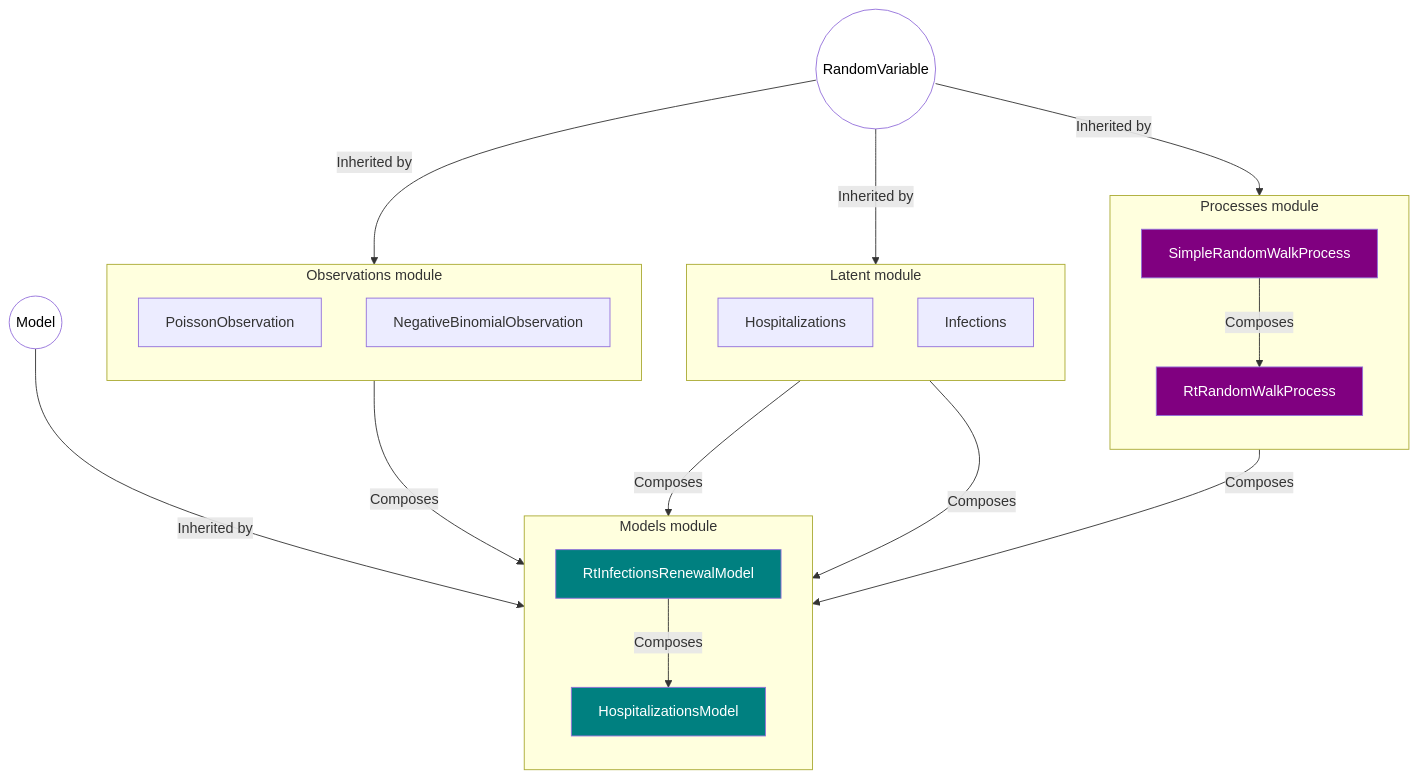
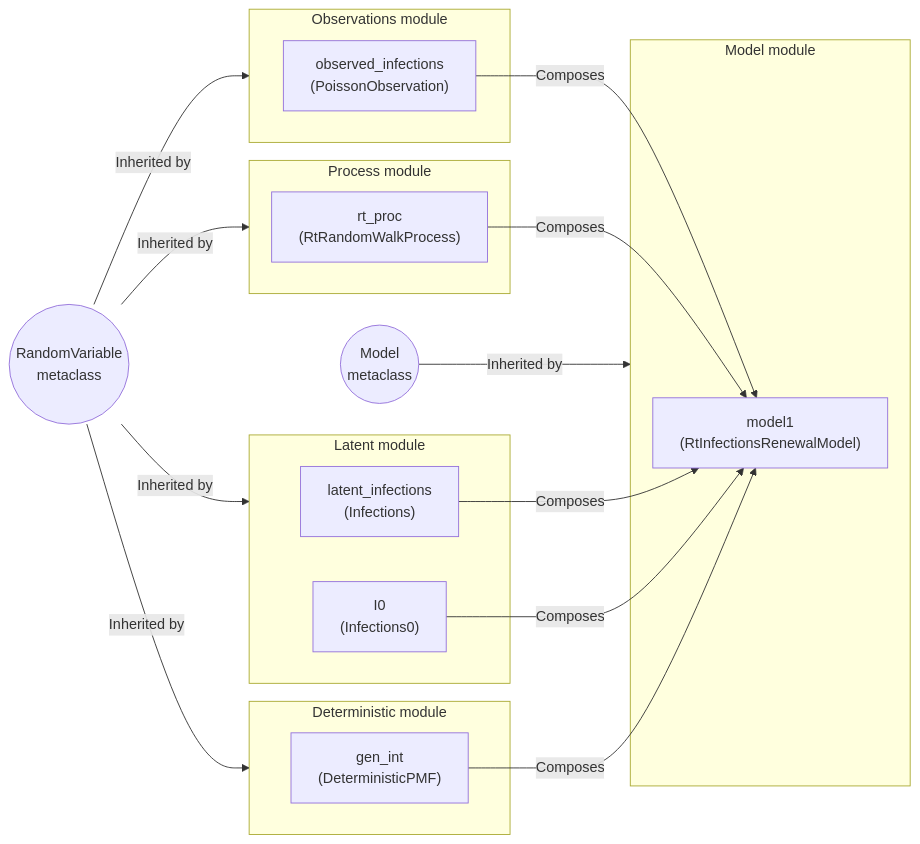
One commit to CDCgov/PyRenew changed the second of 2 diagrams in model/docs/getting-started.qmd. Above: the diagram before and after it, drawn with Mermaid. The commit also changed other lines of this file and 25 other files, not shown here.

First line of the commit message:
Formally addresses implementing the observed hospitalizations module (#39)

````diff
--- a/model/docs/getting-started.qmd
+++ b/model/docs/getting-started.qmd
@@ -21,56 +196,39 @@
 ```{mermaid}
-%%| label: overview-of-hospitalizationsmodel
-flowchart TB
+%%| label: overview-of-RtInfectionsRenewalModel
+flowchart LR
+    rand((RandomVariable\nmetaclass))
+    models((Model\nmetaclass))
 
-    subgraph randprocmod["Processes module"]
-        direction TB
-        simprw["SimpleRandomWalkProcess"]
-        rtrw["RtRandomWalkProcess"]
+    subgraph observations[Observations module]
+        obs["observed_infections\n(PoissonObservation)"]
     end
 
-    subgraph latentmod["Latent module"]
-        direction TB
-        hosp_latent["Hospitalizations"]
-        inf_latent["Infections"]
+    subgraph latent[Latent module]
+        inf["latent_infections\n(Infections)"]
+        i0["I0\n(Infections0)"]
     end
 
-    subgraph obsmod["Observations module"]
-        direction TB
-        pois["PoissonObservation"]
-        nb["NegativeBinomialObservation"]
+    subgraph process[Process module]
+        rt["rt_proc\n(RtRandomWalkProcess)"]
     end
 
-    subgraph models["Models module"]
-        direction TB
-        basic["RtInfectionsRenewalModel"]
-        hosp["HospitalizationsModel"]
+    subgraph deterministic[Deterministic module]
+        detpmf["gen_int\n(DeterministicPMF)"]
     end
 
-    rp(("RandomVariable")) --> |Inherited by| randprocmod
-    rp -->|Inherited by| latentmod
-    rp -->|Inherited by| obsmod
+    subgraph model[Model module]
+        model1["model1\n(RtInfectionsRenewalModel)"]
+    end
 
+    rand-->|Inherited by|observations
+    rand-->|Inherited by|process
+    rand-->|Inherited by|latent
+    rand-->|Inherited by|deterministic
+    models-->|Inherited by|model
 
-    model(("Model")) -->|Inherited by| models
-
-    simprw -->|Composes| rtrw
-    rtrw -->|Composes| basic
-    inf_latent -->|Composes| basic
-    basic -->|Composes| hosp
-
-
-    obsmod -->|Composes|models
-    hosp_latent -->|Composes| hosp
-
-    %% Metaclasses
-    classDef Metaclass color:black,fill:white
-    class rp,model Metaclass
-
-    %% Random process
-    classDef Randproc fill:purple,color:white
-    class rtrw,simprw Randproc
-
-    %% Models
-    classDef Models fill:teal,color:white
-    class basic,hosp Models
+    detpmf-->|Composes|model1
+    i0-->|Composes|model1
+    rt-->|Composes|model1
+    obs-->|Composes|model1
+    inf-->|Composes|model1
 ```
````
